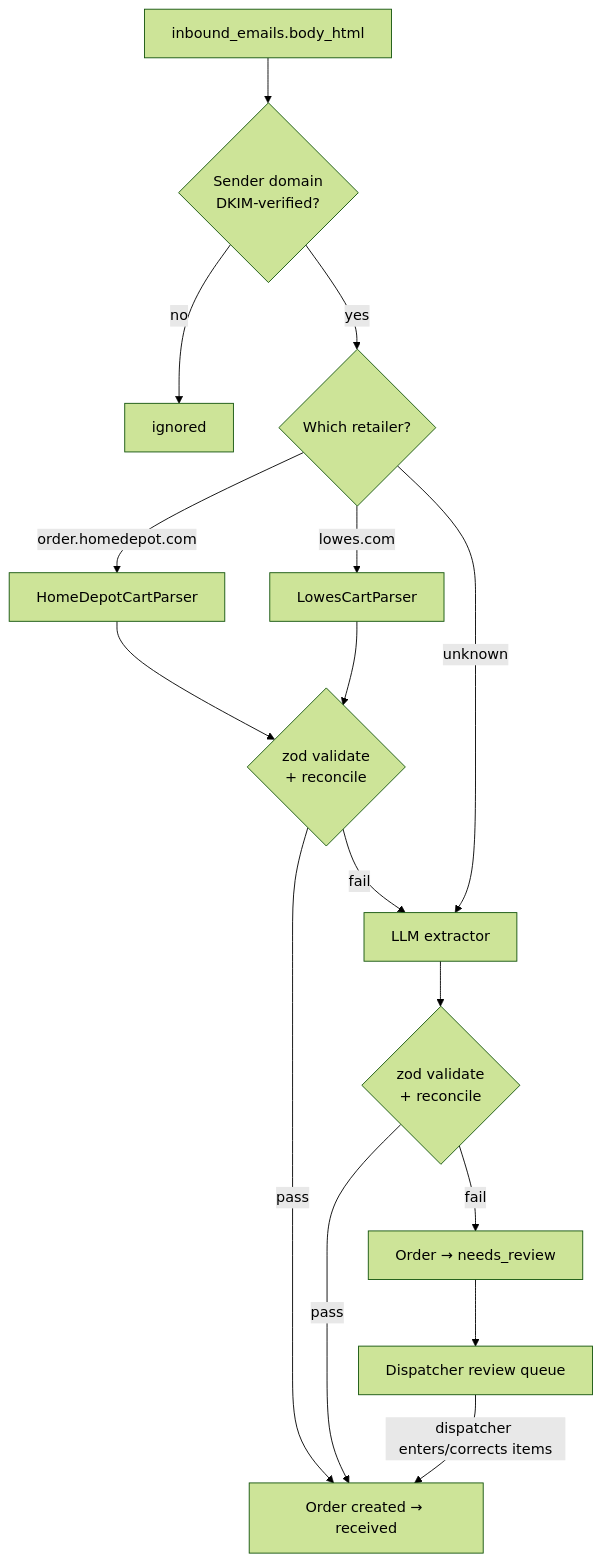
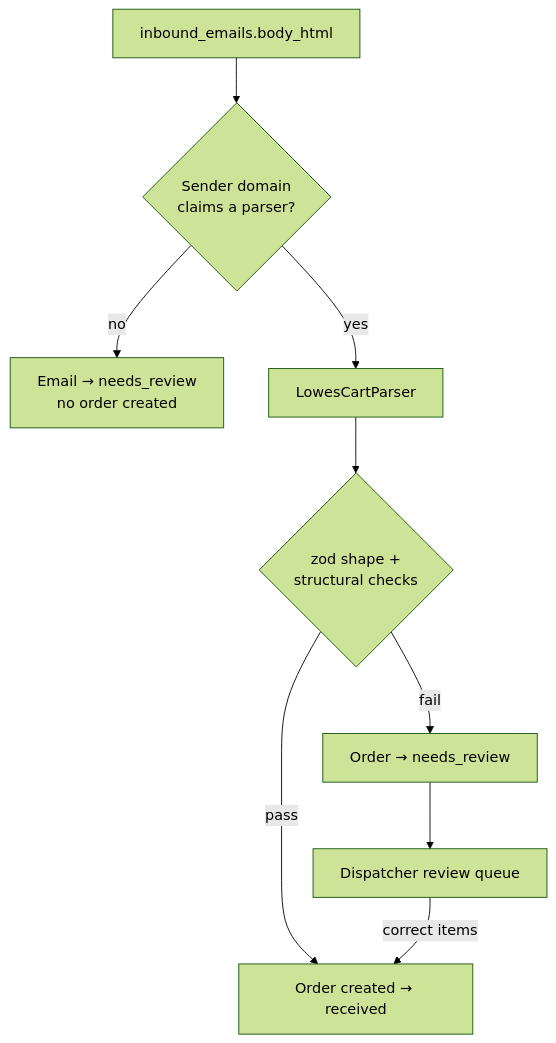
Before and after one commit to apalumbiLS/DeliveryApp: the diagram in docs/architecture/06-cart-parsing.md, drawn with Mermaid (forest theme). The commit also changed other lines of this file and 46 other files, not shown here.

First line of the commit message:
Implement Lowe's parser with golden-file tests, document Home Depot deferral, and clarify Mailgun signature verification

````diff
--- a/docs/architecture/06-cart-parsing.md
+++ b/docs/architecture/06-cart-parsing.md
@@ -13,18 +13,11 @@
 ```mermaid
 flowchart TD
-    A["inbound_emails.body_html"] --> B{Sender domain<br/>DKIM-verified?}
-    B -->|no| Z[ignored]
-    B -->|yes| C{Which retailer?}
-    C -->|order.homedepot.com| D[HomeDepotCartParser]
-    C -->|lowes.com| E[LowesCartParser]
-    C -->|unknown| G[LLM extractor]
-    D --> F{zod validate<br/>+ reconcile}
-    E --> F
-    F -->|pass| H["Order created → received"]
-    F -->|fail| G
-    G --> I{zod validate<br/>+ reconcile}
-    I -->|pass| H
-    I -->|fail| J["Order → needs_review"]
-    J --> K[Dispatcher review queue]
-    K -->|dispatcher enters/corrects items| H
+    A["inbound_emails.body_html"] --> B{Sender domain<br/>claims a parser?}
+    B -->|no| K["Email → needs_review<br/>no order created"]
+    B -->|yes| D[LowesCartParser]
+    D --> E{"zod shape +<br/>structural checks"}
+    E -->|pass| F["Order created → received"]
+    E -->|fail| I["Order → needs_review"]
+    I --> J[Dispatcher review queue]
+    J -->|correct items| F
 ```
````
